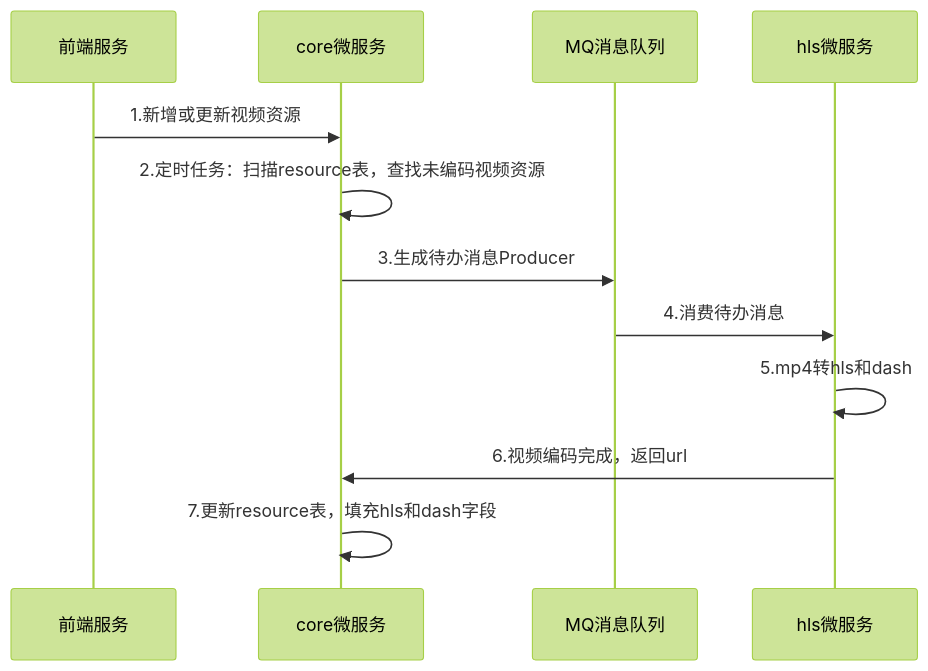
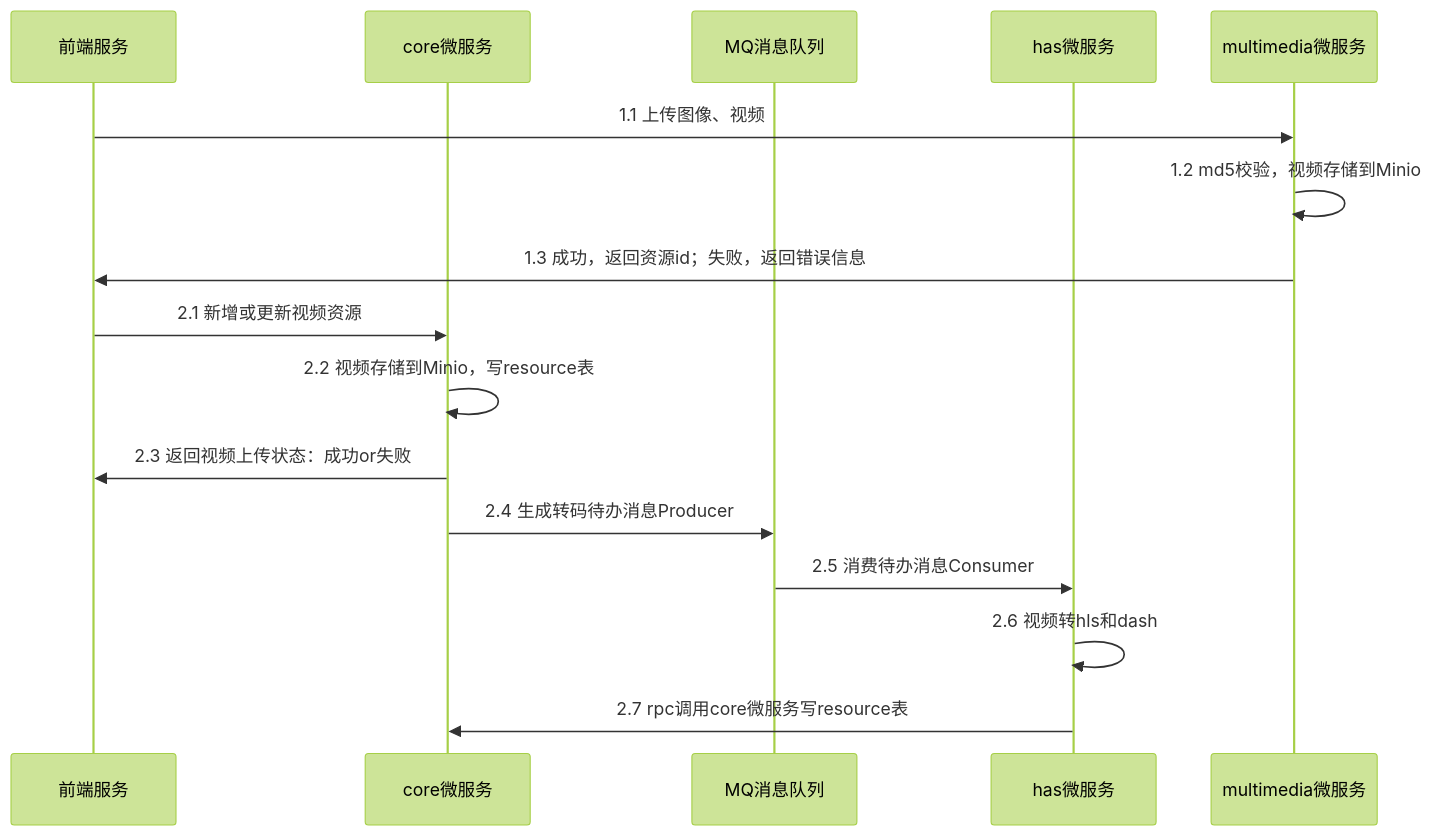
One commit to xiaolinstar/magic-video-backend changed the diagram in has/README.md. Above: the diagram before and after it, drawn with Mermaid (forest theme). The commit also changed other lines of this file and 61 other files, not shown here.

````diff
--- a/has/README.md
+++ b/has/README.md
@@ -18,13 +20,19 @@
 ```mermaid
 sequenceDiagram
     participant 前端服务
     participant core微服务
-    前端服务 ->> core微服务: 1.新增或更新视频资源
-    core微服务 ->> core微服务: 2.定时任务：扫描resource表，查找未编码视频资源
-    core微服务 ->> MQ消息队列: 3.生成待办消息Producer
-    MQ消息队列 ->> hls微服务: 4.消费待办消息
-    hls微服务 ->> hls微服务: 5.mp4转hls和dash
-    hls微服务 ->> core微服务: 6.视频编码完成，返回url
-    core微服务 ->> core微服务: 7.更新resource表，填充hls和dash字段
+    participant MQ消息队列
+    participant has微服务
+    participant multimedia微服务
+    前端服务 ->> multimedia微服务: 1.1 上传图像、视频
+    multimedia微服务 ->> multimedia微服务: 1.2 md5校验，视频存储到Minio
+    multimedia微服务 ->> 前端服务: 1.3 成功，返回资源id；失败，返回错误信息
+    前端服务 ->> core微服务: 2.1 新增或更新视频资源
+    core微服务 ->> core微服务: 2.2 视频存储到Minio，写resource表
+    core微服务 ->> 前端服务: 2.3 返回视频上传状态：成功or失败
+    core微服务 ->> MQ消息队列: 2.4 生成转码待办消息Producer
+    MQ消息队列 ->> has微服务: 2.5 消费待办消息Consumer
+    has微服务 ->> has微服务: 2.6 视频转hls和dash
+    has微服务 ->> core微服务: 2.7 rpc调用core微服务写resource表
 
 ```
````
